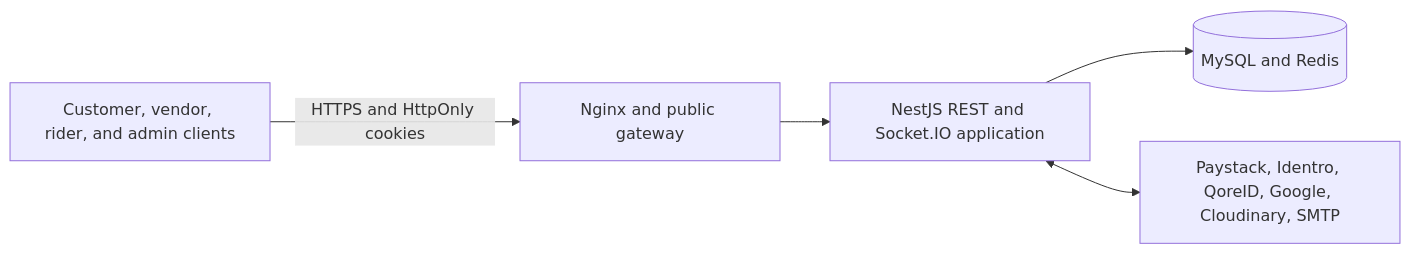
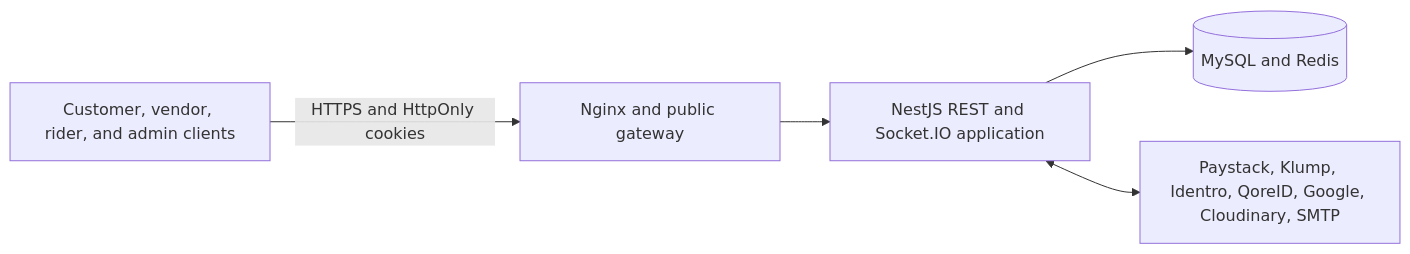
One commit to digitalempress234/NextGenSuperstoreBackend changed the diagram in README.md. Above: the diagram before and after it, drawn with Mermaid. The commit also changed other lines of this file and 108 other files, not shown here.

````diff
--- a/README.md
+++ b/README.md
@@ -11,13 +11,13 @@
 ```mermaid
 flowchart LR
     Clients[Customer, vendor, rider, and admin clients]
     Edge[Nginx and public gateway]
     API[NestJS REST and Socket.IO application]
     Data[(MySQL and Redis)]
-    Providers[Paystack, Identro, QoreID, Google, Cloudinary, SMTP]
+    Providers[Paystack, Klump, Identro, QoreID, Google, Cloudinary, SMTP]
 
     Clients -->|HTTPS and HttpOnly cookies| Edge
     Edge --> API
     API --> Data
     API <--> Providers
 ```
````
